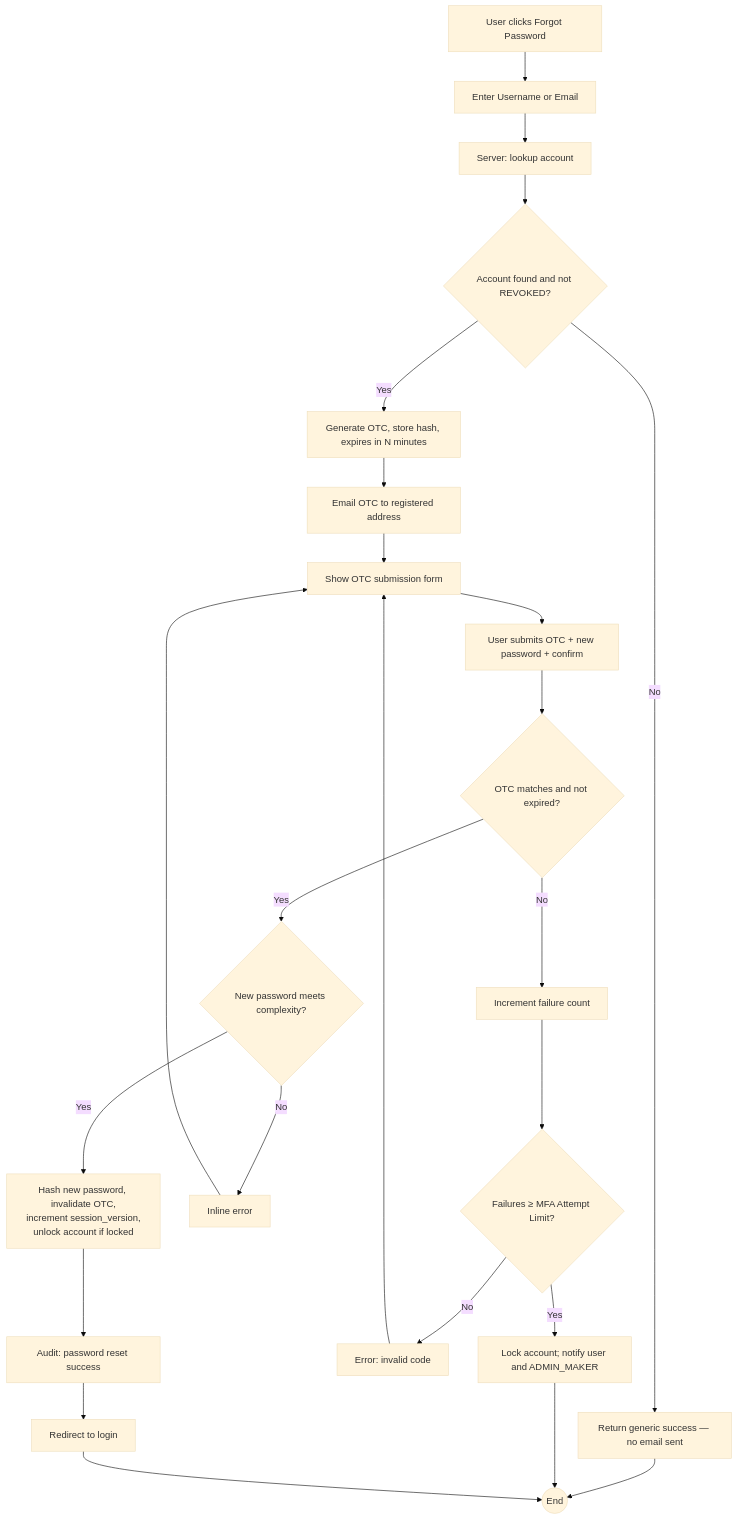
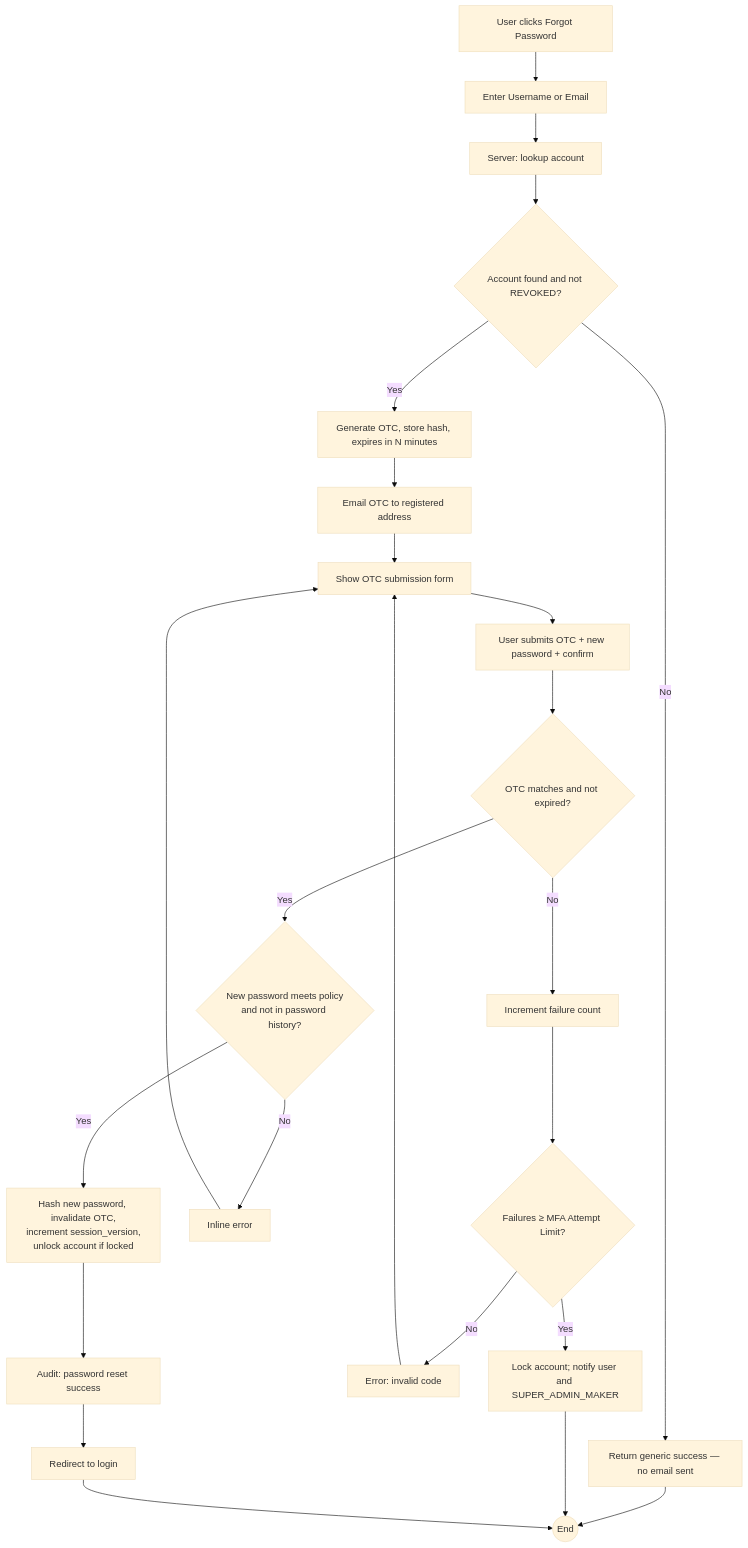
Before and after one commit to ruthvikchandravanam/Nexus-CA: the diagram in Docs/1-Requirements/Workflows/WF-011-forgot-password.md, drawn with Mermaid (base theme). The commit also changed other lines of this file and 33 other files, not shown here.

````diff
--- a/Docs/1-Requirements/Workflows/WF-011-forgot-password.md
+++ b/Docs/1-Requirements/Workflows/WF-011-forgot-password.md
@@ -19,21 +19,21 @@
 ```mermaid
 flowchart TD
     A[User clicks Forgot Password] --> B[Enter Username or Email]
     B --> C[Server: lookup account]
     C --> D{Account found and not REVOKED?}
     D -- No --> D1[Return generic success — no email sent] --> Z((End))
     D -- Yes --> E[Generate OTC, store hash, expires in N minutes]
     E --> F[Email OTC to registered address]
     F --> G[Show OTC submission form]
     G --> H[User submits OTC + new password + confirm]
     H --> I{OTC matches and not expired?}
     I -- No --> I1[Increment failure count] --> I2{Failures ≥ MFA Attempt Limit?}
-    I2 -- Yes --> I3[Lock account; notify user and ADMIN_MAKER] --> Z
+    I2 -- Yes --> I3[Lock account; notify user and SUPER_ADMIN_MAKER] --> Z
     I2 -- No --> I4[Error: invalid code] --> G
-    I -- Yes --> J{New password meets complexity?}
+    I -- Yes --> J{New password meets policy<br/>and not in password history?}
     J -- No --> J1[Inline error] --> G
     J -- Yes --> K[Hash new password, invalidate OTC,<br/>increment session_version,<br/>unlock account if locked]
     K --> L[Audit: password reset success]
     L --> M[Redirect to login]
     M --> Z
 ```
````
